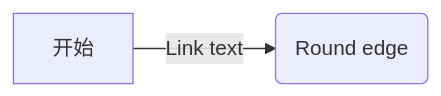
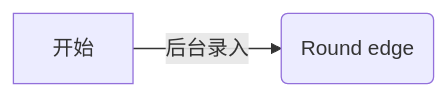
The diagram in README.md (ma-luyang/shimobang), drawn with Mermaid before and after one commit.

````diff
--- a/README.md
+++ b/README.md
@@ -3,4 +3,4 @@
 ```mermaid
 flowchart LR
-    A[开始] -->|Link text| B(Round edge)
+    A[开始] -->|后台录入| B(Round edge)
 ```
````
